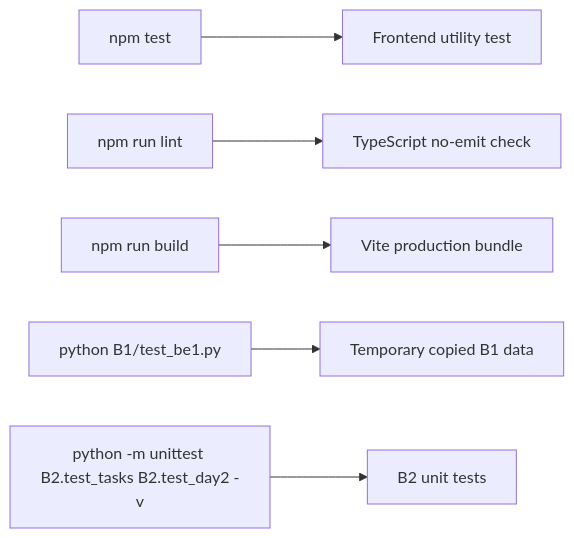
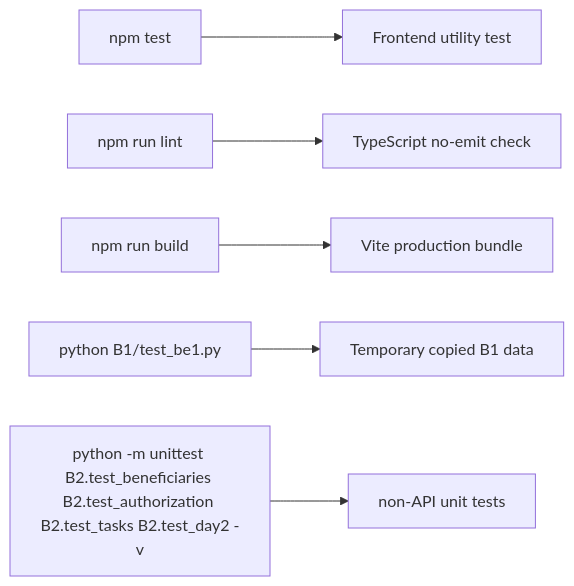
Before and after one commit to Kaur026/IIT_B: the fourth of 4 diagrams in docs/data-flow.md, drawn with Mermaid. The commit also changed other lines of this file and 119 other files, not shown here.

````diff
--- a/docs/data-flow.md
+++ b/docs/data-flow.md
@@ -64,8 +66,8 @@
 ```mermaid
 flowchart LR
   npmtest[npm test] --> FEutil[Frontend utility test]
   nplint[npm run lint] --> TS[TypeScript no-emit check]
   npbuild[npm run build] --> Vite[Vite production bundle]
   B1test[python B1/test_be1.py] --> Temp[Temporary copied B1 data]
-  B2test[python -m unittest B2.test_tasks B2.test_day2 -v] --> B2checks[B2 unit tests]
+  B2test[python -m unittest B2.test_beneficiaries B2.test_authorization B2.test_tasks B2.test_day2 -v] --> B2checks[non-API unit tests]
 ```
````
